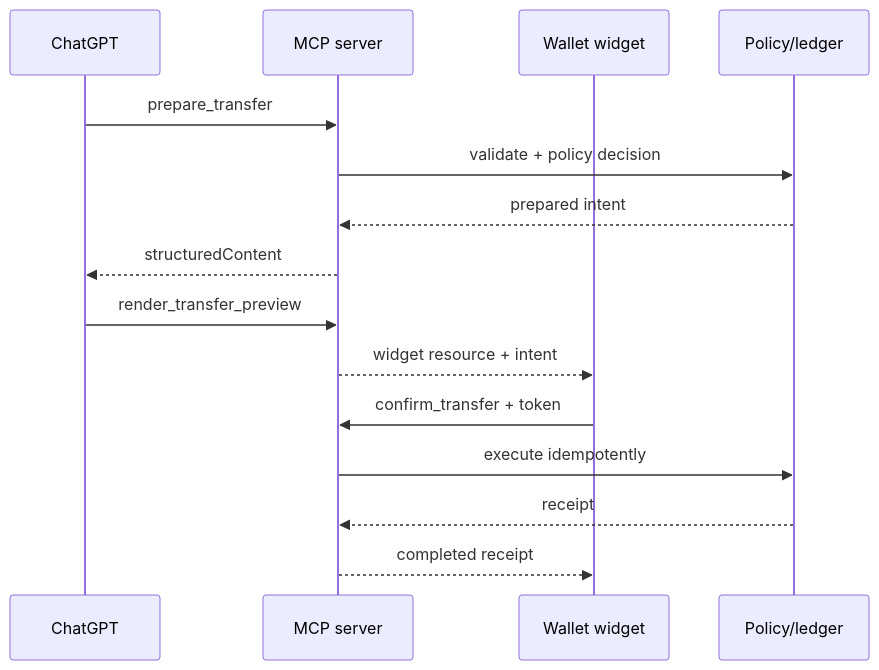
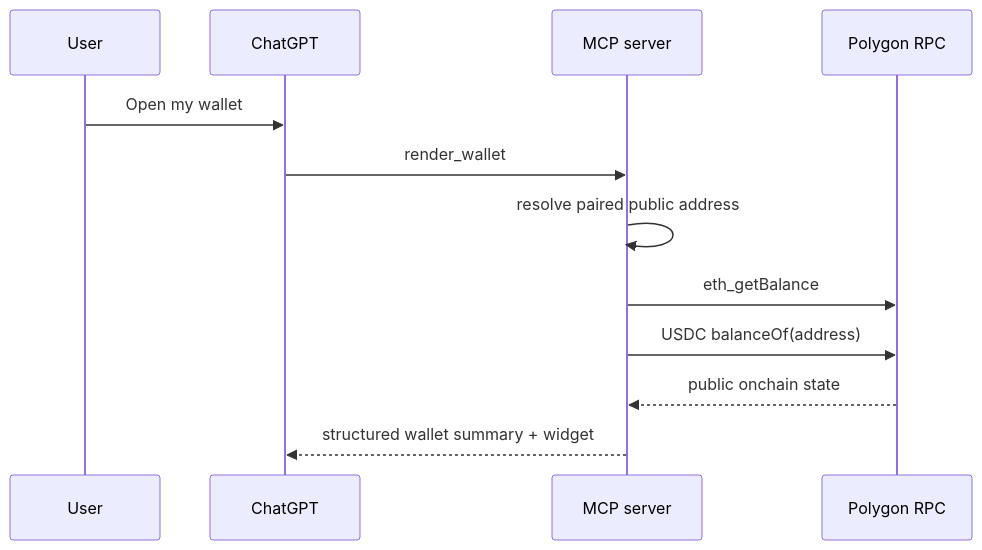
One commit to coinsecuritiescompany/GPT-wallet-AiFinPay changed the second of 2 diagrams in docs/ARCHITECTURE.md. Above: the diagram before and after it, drawn with Mermaid. The commit also changed other lines of this file and 52 other files, not shown here.

````diff
--- a/docs/ARCHITECTURE.md
+++ b/docs/ARCHITECTURE.md
@@ -17,17 +30,14 @@
 ```mermaid
 sequenceDiagram
+    participant U as User
     participant C as ChatGPT
     participant M as MCP server
-    participant W as Wallet widget
-    participant P as Policy/ledger
-    C->>M: prepare_transfer
-    M->>P: validate + policy decision
-    P-->>M: prepared intent
-    M-->>C: structuredContent
-    C->>M: render_transfer_preview
-    M-->>W: widget resource + intent
-    W->>M: confirm_transfer + token
-    M->>P: execute idempotently
-    P-->>M: receipt
-    M-->>W: completed receipt
+    participant R as Polygon RPC
+    U->>C: Open my wallet
+    C->>M: render_wallet
+    M->>M: resolve paired public address
+    M->>R: eth_getBalance
+    M->>R: USDC balanceOf(address)
+    R-->>M: public onchain state
+    M-->>C: structured wallet summary + widget
 ```
````
